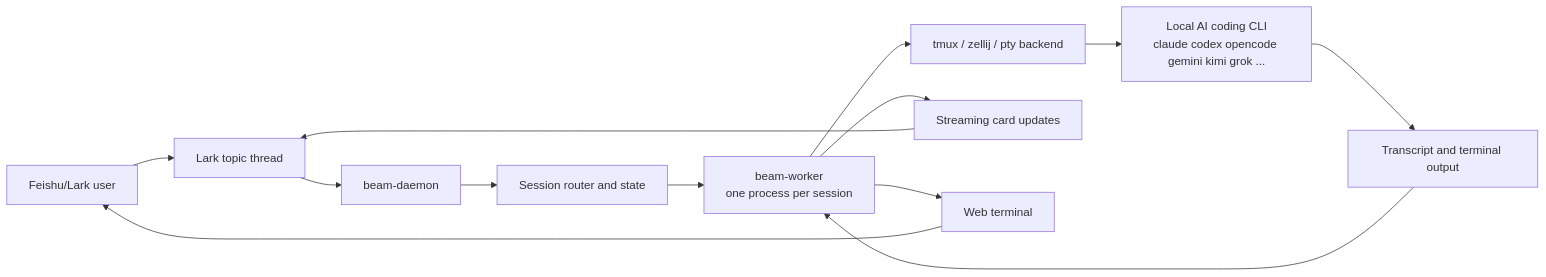
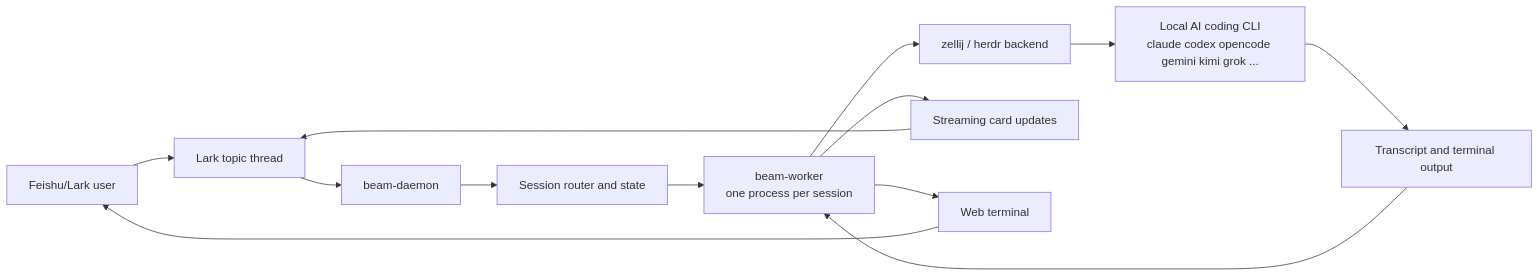
One commit to linuxhenhao/beam changed the diagram in README.en.md. Above: the diagram before and after it, drawn with Mermaid. The commit also changed other lines of this file and 1 other file, not shown here.

````diff
--- a/README.en.md
+++ b/README.en.md
@@ -35,15 +33,15 @@
 ```mermaid
 flowchart LR
     U[Feishu/Lark user] --> T[Lark topic thread]
     T --> D[beam-daemon]
     D --> S[Session router and state]
     S --> W[beam-worker<br/>one process per session]
-    W --> B[tmux / zellij / pty backend]
+    W --> B[zellij / herdr backend]
     B --> C[Local AI coding CLI<br/>claude codex opencode gemini kimi grok ...]
     W --> K[Streaming card updates]
     W --> P[Web terminal]
     C --> O[Transcript and terminal output]
     O --> W
     K --> T
     P --> U
 ```
````
